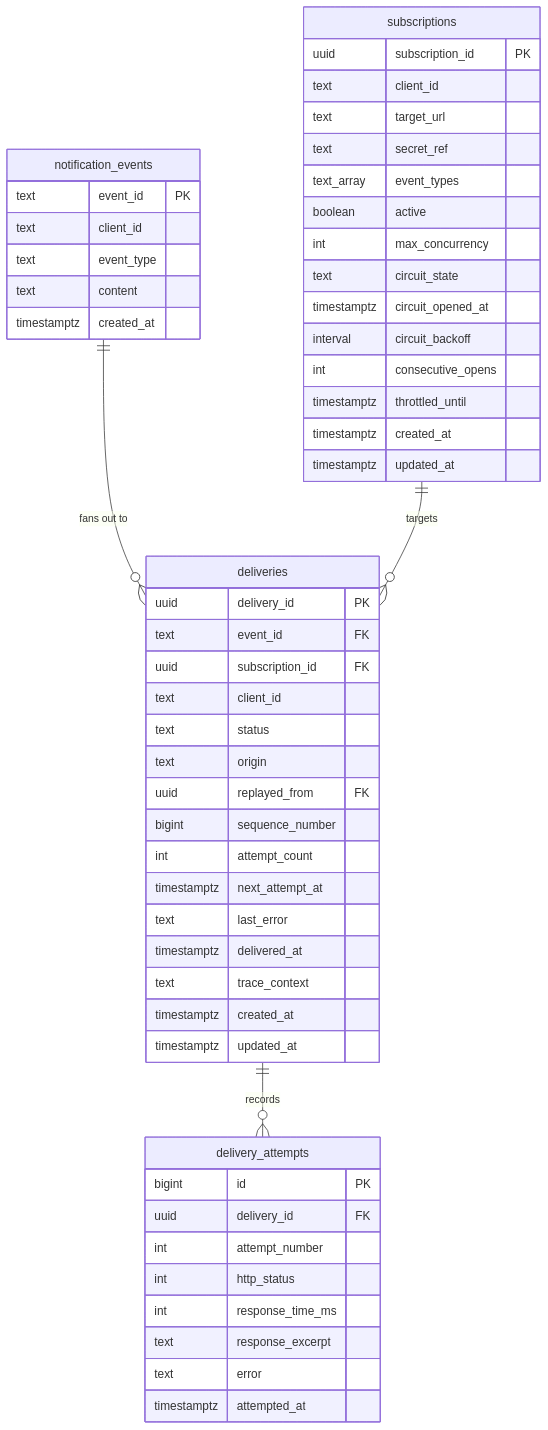
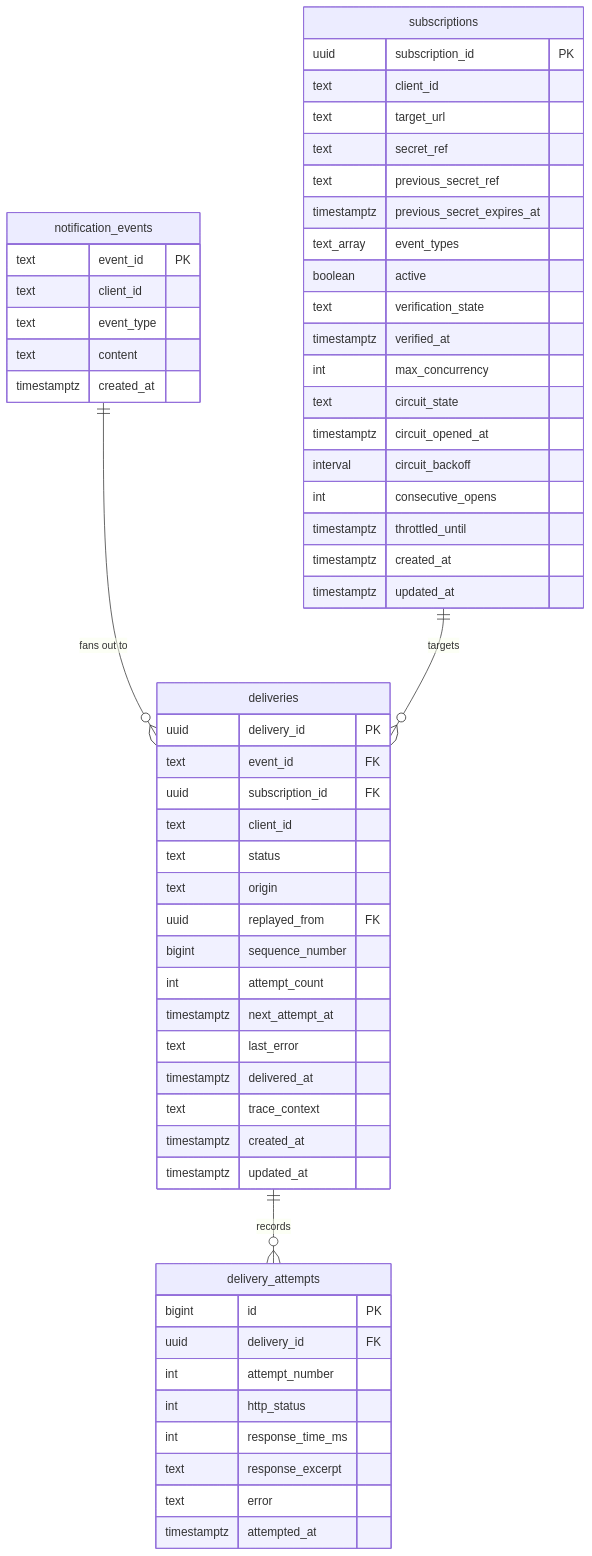
Before and after one commit to jaideranillo/challenge: the third of 4 diagrams in docs/architecture/adr/ADR-001-webhook-notification-delivery-outbox.md, drawn with Mermaid. The commit also changed other lines of this file and 2 other files, not shown here.

````diff
--- a/docs/architecture/adr/ADR-001-webhook-notification-delivery-outbox.md
+++ b/docs/architecture/adr/ADR-001-webhook-notification-delivery-outbox.md
@@ -424,60 +471,64 @@
 ```mermaid
 erDiagram
   notification_events ||--o{ deliveries : "fans out to"
   subscriptions ||--o{ deliveries : "targets"
   deliveries ||--o{ delivery_attempts : "records"
 
   notification_events {
     text event_id PK
     text client_id
     text event_type
     text content
     timestamptz created_at
   }
 
   subscriptions {
     uuid subscription_id PK
     text client_id
     text target_url
     text secret_ref
+    text previous_secret_ref
+    timestamptz previous_secret_expires_at
     text_array event_types
     boolean active
+    text verification_state
+    timestamptz verified_at
     int max_concurrency
     text circuit_state
     timestamptz circuit_opened_at
     interval circuit_backoff
     int consecutive_opens
     timestamptz throttled_until
     timestamptz created_at
     timestamptz updated_at
   }
 
   deliveries {
     uuid delivery_id PK
     text event_id FK
     uuid subscription_id FK
     text client_id
     text status
     text origin
     uuid replayed_from FK
     bigint sequence_number
     int attempt_count
     timestamptz next_attempt_at
     text last_error
     timestamptz delivered_at
     text trace_context
     timestamptz created_at
     timestamptz updated_at
   }
 
   delivery_attempts {
     bigint id PK
     uuid delivery_id FK
     int attempt_number
     int http_status
     int response_time_ms
     text response_excerpt
     text error
     timestamptz attempted_at
   }
 ```
````
